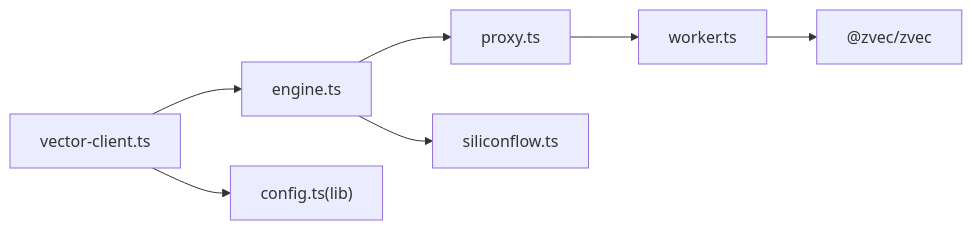
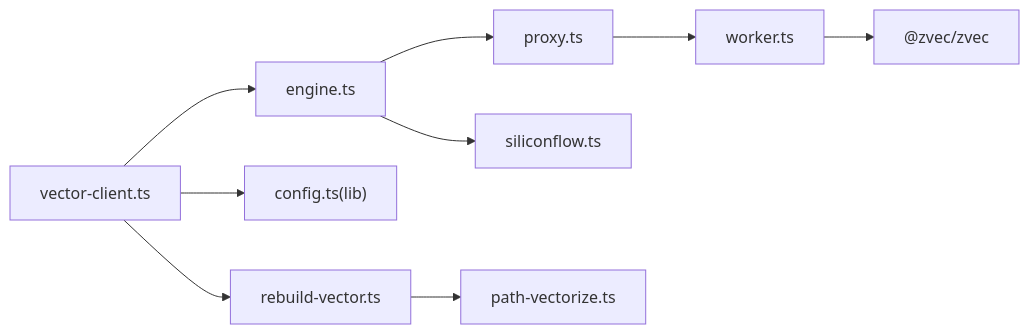
Before and after one commit to HACK-WU/kisearch: the sixth of 6 diagrams in .qoder/repowiki/zh/content/项目概述/架构总览/数据流处理/向量化处理/向量化处理.md, drawn with Mermaid. The commit also changed other lines of this file and 303 other files, not shown here.

````diff
--- a/.qoder/repowiki/zh/content/项目概述/架构总览/数据流处理/向量化处理/向量化处理.md
+++ b/.qoder/repowiki/zh/content/项目概述/架构总览/数据流处理/向量化处理/向量化处理.md
@@ -253,9 +357,11 @@
 ```mermaid
 graph LR
 VC["vector-client.ts"] --> ENG["engine.ts"]
 ENG --> PRX["proxy.ts"]
 PRX --> WRK["worker.ts"]
 WRK --> ZVEC["@zvec/zvec"]
 ENG --> PROV["siliconflow.ts"]
 VC --> CFG["config.ts(lib)"]
+VC --> RB["rebuild-vector.ts"]
+RB --> PVECT["path-vectorize.ts"]
 ```
````
